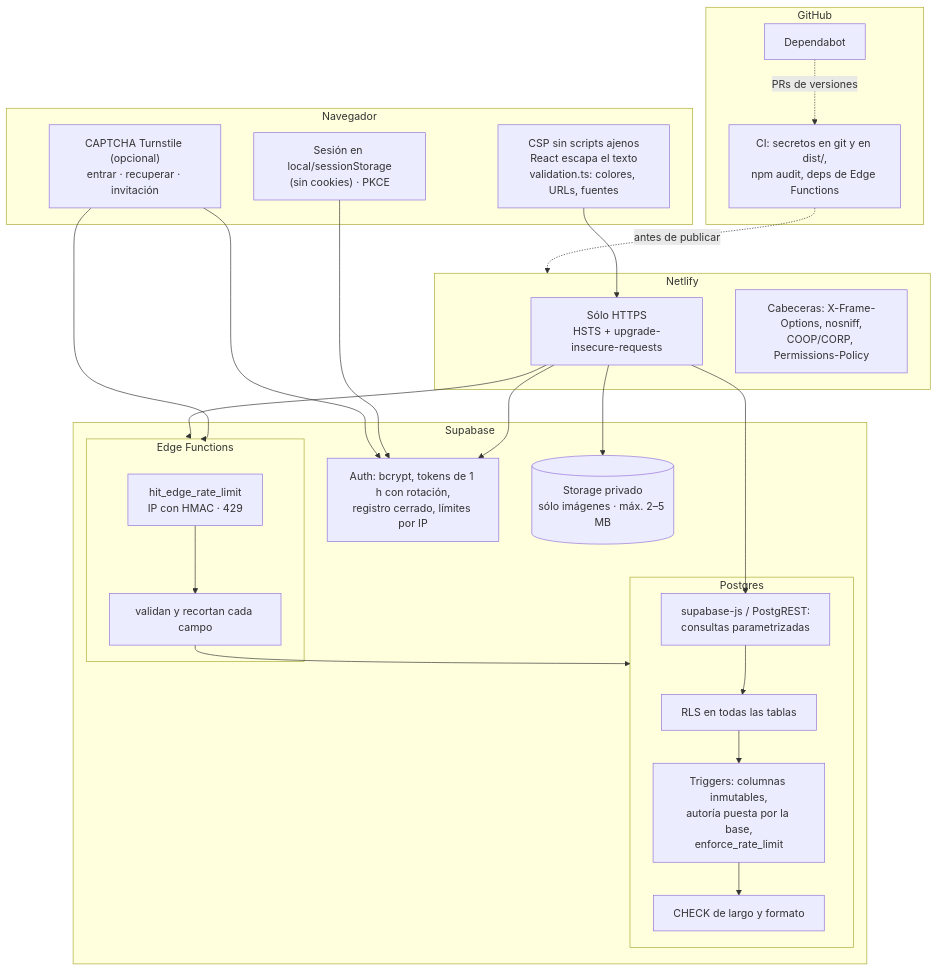
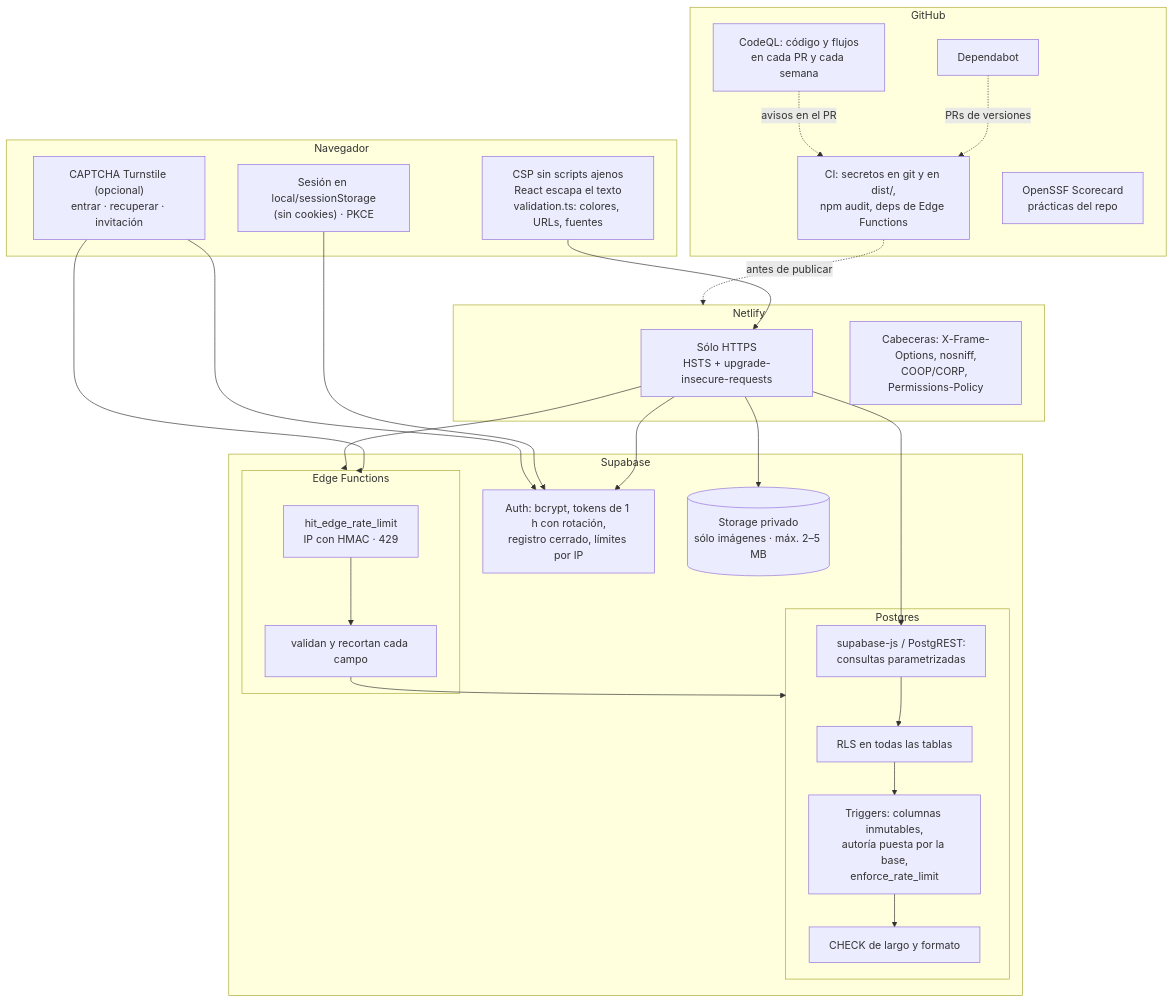
Before and after one commit to Juan-Carlos-Estevez-Vargas/Camila-Sanchez: diagram 38 of 44 in docs/DIAGRAMAS.md, drawn with Mermaid. The commit also changed other lines of this file and 5 other files, not shown here.

First line of the commit message:
ci(seguridad): análisis con CodeQL y puntaje de OpenSSF Scorecard

````diff
--- a/docs/DIAGRAMAS.md
+++ b/docs/DIAGRAMAS.md
@@ -909,41 +909,44 @@
 ```mermaid
 flowchart TB
   subgraph Navegador
     CSP["CSP sin scripts ajenos<br/>React escapa el texto<br/>validation.ts: colores, URLs, fuentes"]
     SES["Sesión en local/sessionStorage<br/>(sin cookies) · PKCE"]
     CAP["CAPTCHA Turnstile (opcional)<br/>entrar · recuperar · invitación"]
   end
   subgraph Netlify
     HTTPS["Sólo HTTPS<br/>HSTS + upgrade-insecure-requests"]
     HDR["Cabeceras: X-Frame-Options, nosniff,<br/>COOP/CORP, Permissions-Policy"]
   end
   subgraph Supabase
     AUTH["Auth: bcrypt, tokens de 1 h con rotación,<br/>registro cerrado, límites por IP"]
     subgraph EF["Edge Functions"]
       RL["hit_edge_rate_limit<br/>IP con HMAC · 429"]
       VAL["validan y recortan cada campo"]
     end
     subgraph PG["Postgres"]
       RLS["RLS en todas las tablas"]
       TRG["Triggers: columnas inmutables,<br/>autoría puesta por la base,<br/>enforce_rate_limit"]
       CHK["CHECK de largo y formato"]
       PRM["supabase-js / PostgREST:<br/>consultas parametrizadas"]
     end
     ST[("Storage privado<br/>sólo imágenes · máx. 2–5 MB")]
   end
   subgraph GitHub
     CI["CI: secretos en git y en dist/,<br/>npm audit, deps de Edge Functions"]
     DB2["Dependabot"]
+    CQ["CodeQL: código y flujos<br/>en cada PR y cada semana"]
+    SC["OpenSSF Scorecard<br/>prácticas del repo"]
   end
 
   CSP --> HTTPS --> AUTH
   SES --> AUTH
   CAP --> AUTH
   CAP --> EF
   HTTPS --> EF
   HTTPS --> PRM --> RLS --> TRG --> CHK
   RL --> VAL --> PG
   HTTPS --> ST
   CI -. "antes de publicar" .-> Netlify
   DB2 -. "PRs de versiones" .-> CI
+  CQ -. "avisos en el PR" .-> CI
 ```
````
